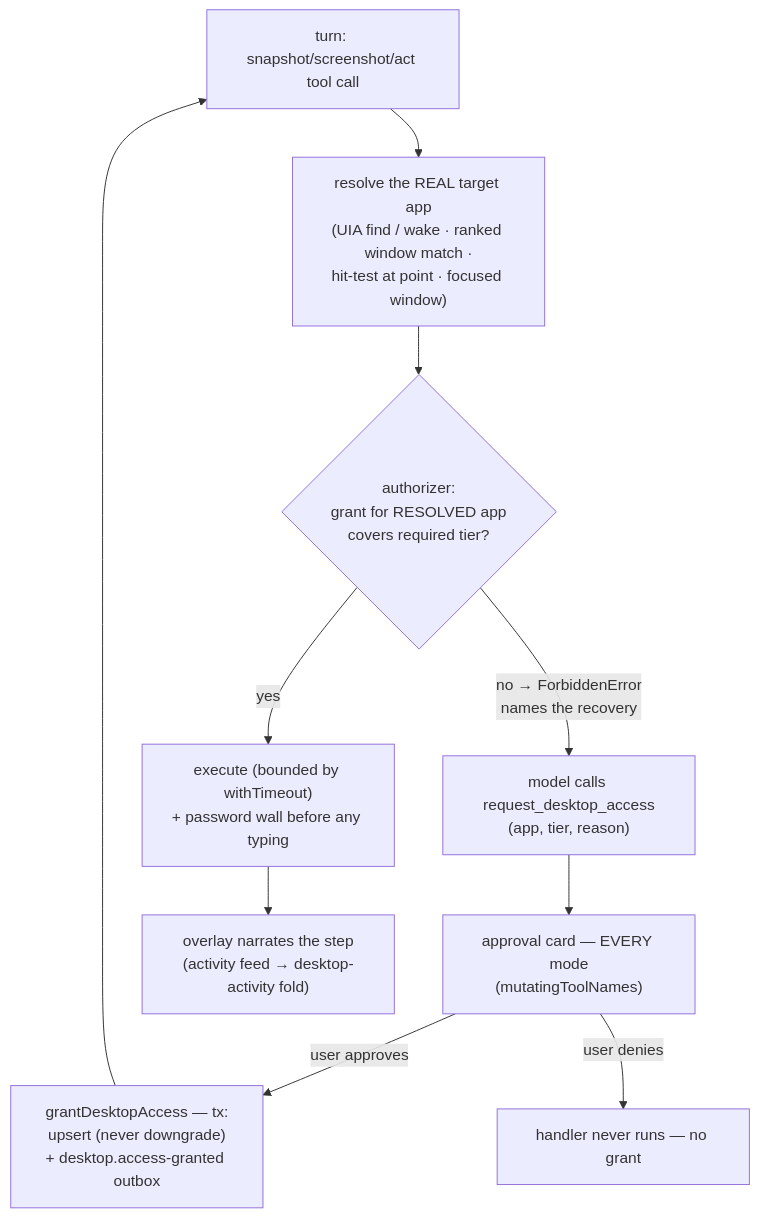
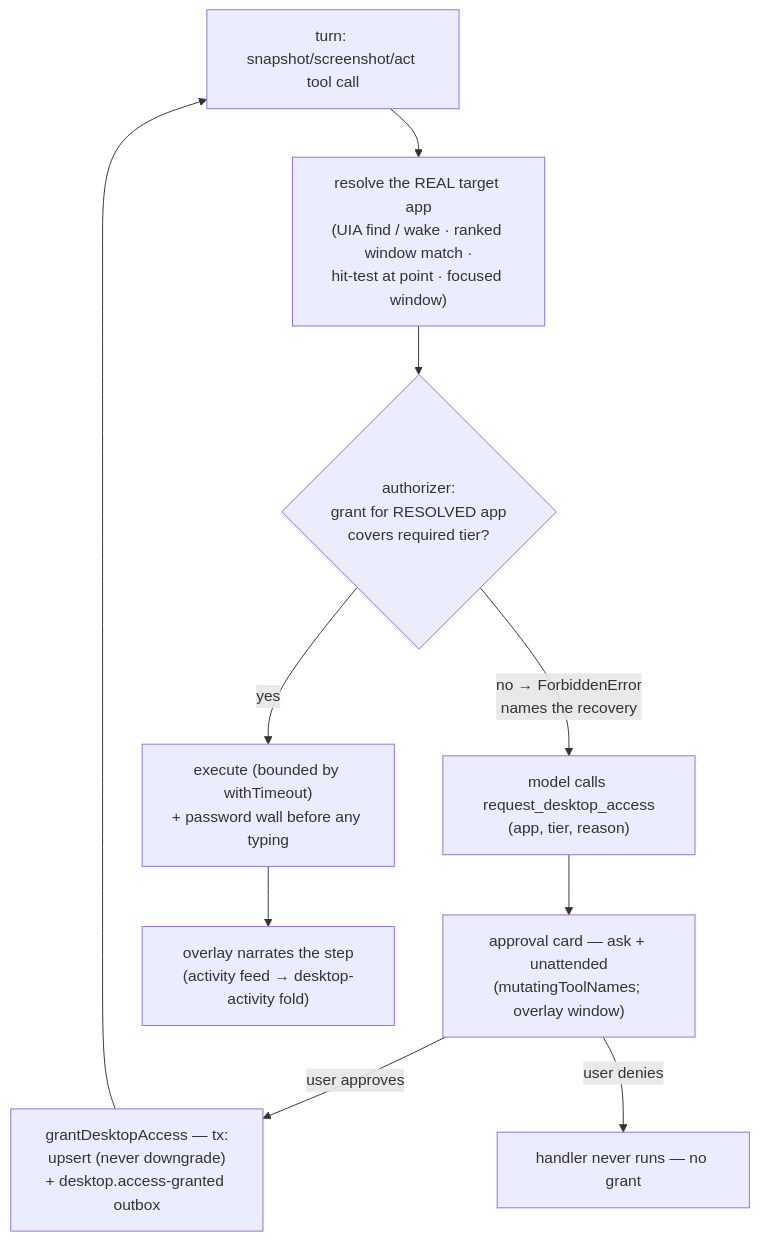
One commit to chadnicely/Vynel-Demo changed the first of 4 diagrams in .claude/docs/desktop-control/structure.md. Above: the diagram before and after it, drawn with Mermaid. The commit also changed other lines of this file and 11 other files, not shown here.

First line of the commit message:
docs(desktop): correct the approval-card mode matrix

````diff
--- a/.claude/docs/desktop-control/structure.md
+++ b/.claude/docs/desktop-control/structure.md
@@ -164,12 +164,12 @@
 ```mermaid
 flowchart TD
     A["turn: snapshot/screenshot/act tool call"] --> B["resolve the REAL target app\n(UIA find / wake · ranked window match ·\nhit-test at point · focused window)"]
     B --> C{"authorizer:\ngrant for RESOLVED app\ncovers required tier?"}
     C -->|yes| D["execute (bounded by withTimeout)\n+ password wall before any typing"]
     C -->|"no → ForbiddenError\nnames the recovery"| E["model calls request_desktop_access\n(app, tier, reason)"]
-    E --> F["approval card — EVERY mode\n(mutatingToolNames)"]
+    E --> F["approval card — ask + unattended\n(mutatingToolNames; overlay window)"]
     F -->|user approves| G["grantDesktopAccess — tx:\nupsert (never downgrade)\n+ desktop.access-granted outbox"]
     F -->|user denies| H["handler never runs — no grant"]
     G --> A
     D --> I["overlay narrates the step\n(activity feed → desktop-activity fold)"]
 ```
````
